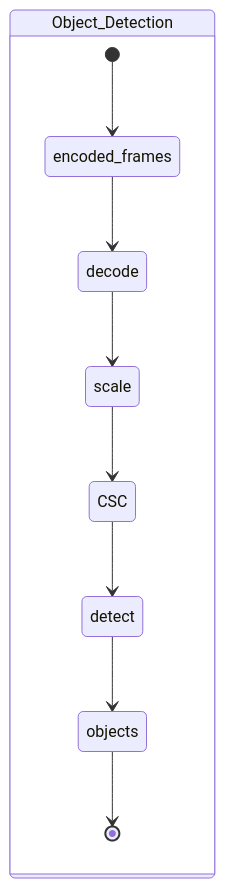
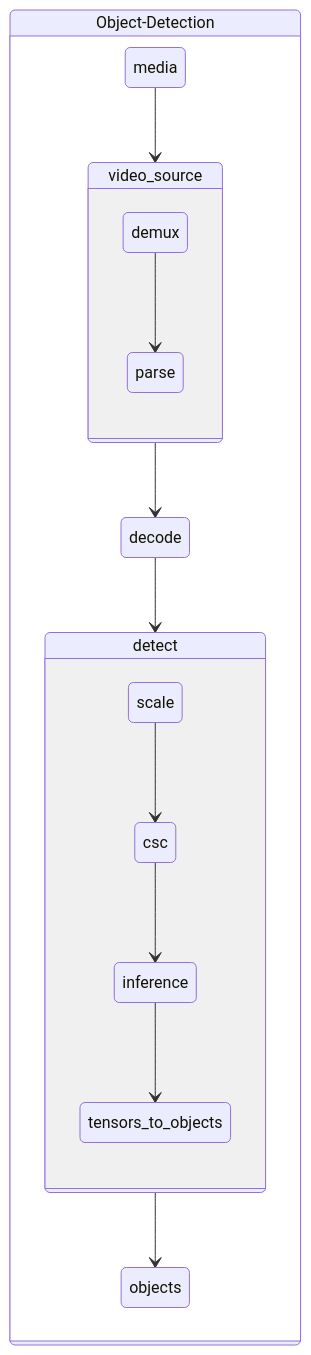
One commit to dlstreamer/pipeline-zoo changed the diagram in video/object-detection/README.md. Above: the diagram before and after it, drawn with Mermaid. The commit also changed other lines of this file and 17 other files, not shown here.

````diff
--- a/video/object-detection/README.md
+++ b/video/object-detection/README.md
@@ -5,13 +6,21 @@
 ```mermaid
 stateDiagram
-    state Object_Detection {
-        [*] --> encoded_frames
-        encoded_frames --> decode
-        decode --> scale
-        scale --> CSC
-        CSC --> detect
-        detect --> objects
-        objects --> [*]
+ 
+    state Object-Detection {
+  
+    state video_source {
+		demux --> parse 
     }
    
+    state detect {
+		scale --> csc
+		csc --> inference
+		inference --> tensors_to_objects
+    }
+    
+    media --> video_source
+    video_source --> decode
+    decode --> detect
+    detect --> objects
+} 
 ```
````
